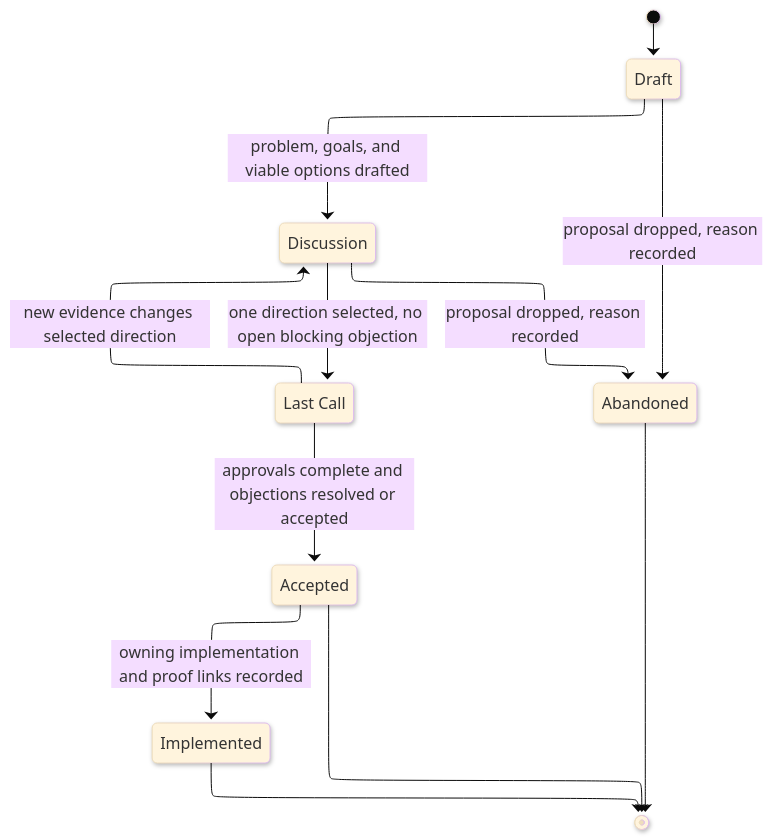
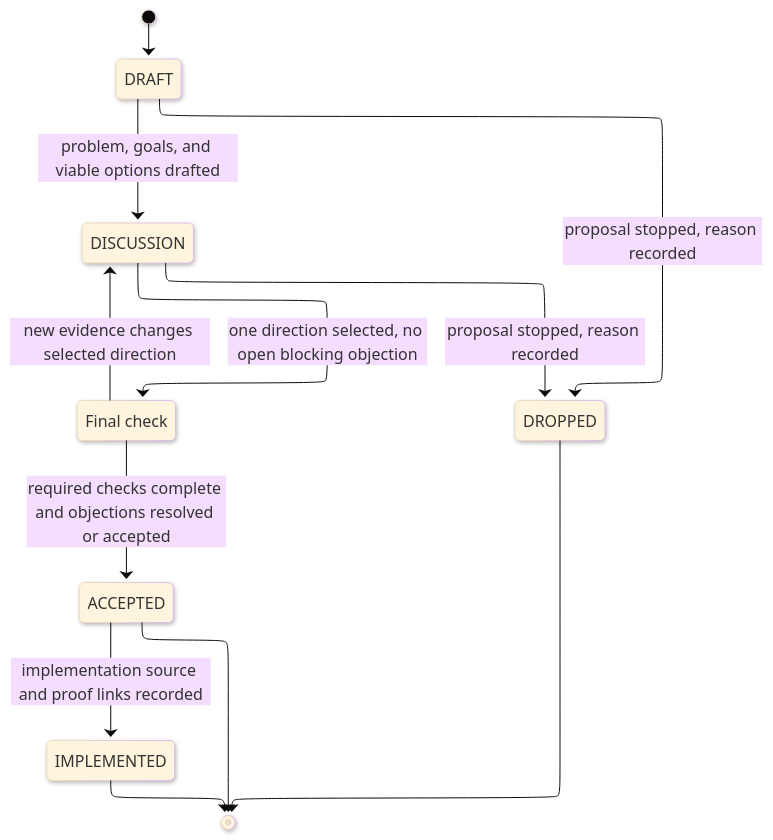
Before and after one commit to bsamiee/Rasm: the diagram in docs/standards/explanation/design-doc.md, drawn with Mermaid. The commit also changed other lines of this file and 21 other files, not shown here.

````diff
--- a/docs/standards/explanation/design-doc.md
+++ b/docs/standards/explanation/design-doc.md
@@ -311,27 +356,27 @@
 ```mermaid
 ---
 config:
   layout: elk
   look: neo
   theme: base
   elk:
     mergeEdges: false
     nodePlacementStrategy: BRANDES_KOEPF
     cycleBreakingStrategy: GREEDY_MODEL_ORDER
 ---
 stateDiagram-v2
     accTitle: Design document lifecycle
-    accDescr: A design moves from draft through discussion, last call, acceptance, implementation, or abandonment, with new evidence returning last call to discussion.
-    state "Last Call" as LastCall
-    [*] --> Draft
-    Draft --> Discussion: problem, goals, and viable options drafted
-    Discussion --> LastCall: one direction selected, no open blocking objection
-    LastCall --> Discussion: new evidence changes selected direction
-    LastCall --> Accepted: approvals complete and objections resolved or accepted
-    Accepted --> Implemented: owning implementation and proof links recorded
-    Draft --> Abandoned: proposal dropped, reason recorded
-    Discussion --> Abandoned: proposal dropped, reason recorded
-    Accepted --> [*]
-    Implemented --> [*]
-    Abandoned --> [*]
+    accDescr: A design moves from draft through discussion, final check, acceptance, implementation, or dropped state, with new evidence returning final check to discussion.
+    state "Final check" as FinalCheck
+    [*] --> DRAFT
+    DRAFT --> DISCUSSION: problem, goals, and viable options drafted
+    DISCUSSION --> FinalCheck: one direction selected, no open blocking objection
+    FinalCheck --> DISCUSSION: new evidence changes selected direction
+    FinalCheck --> ACCEPTED: required checks complete and objections resolved or accepted
+    ACCEPTED --> IMPLEMENTED: implementation source and proof links recorded
+    DRAFT --> DROPPED: proposal stopped, reason recorded
+    DISCUSSION --> DROPPED: proposal stopped, reason recorded
+    ACCEPTED --> [*]
+    IMPLEMENTED --> [*]
+    DROPPED --> [*]
 ```
````
